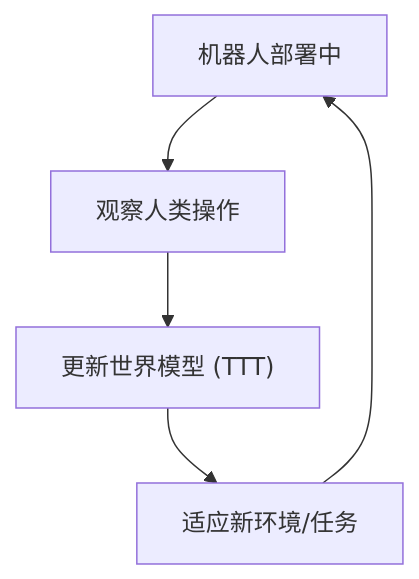
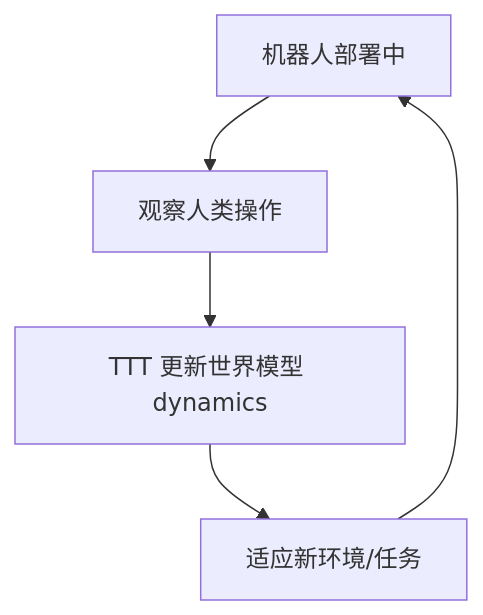
One commit to luohu-arch/physical_intelligence_study changed the diagram in notes/memory/wam-ttt.md. Above: the diagram before and after it, drawn with Mermaid. The commit also changed other lines of this file and 6 other files, not shown here.

````diff
--- a/notes/memory/wam-ttt.md
+++ b/notes/memory/wam-ttt.md
@@ -57,7 +21,7 @@
 ```mermaid
 graph TD
-    DEPLOY["机器人部署中"] --> OBSERVE["观察人类操作"]
-    OBSERVE --> UPDATE["更新世界模型 (TTT)"]
+    DEPLOY["机器人部署中"] --> OBS["观察人类操作"]
+    OBS --> UPDATE["TTT 更新世界模型 dynamics"]
     UPDATE --> ADAPT["适应新环境/任务"]
     ADAPT --> DEPLOY
 ```
````
